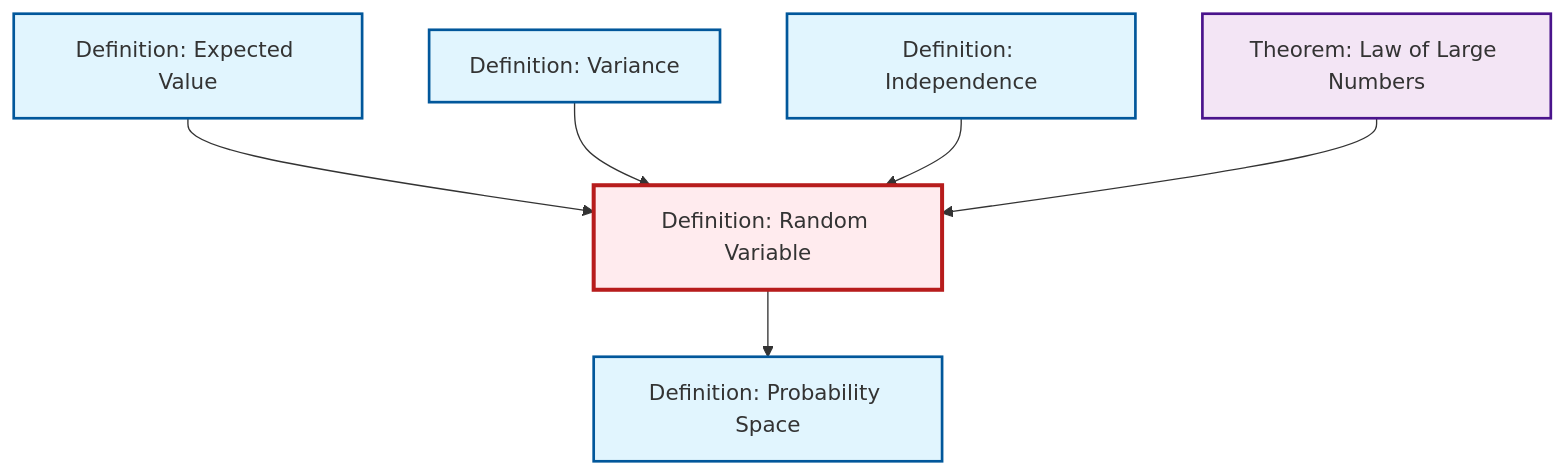
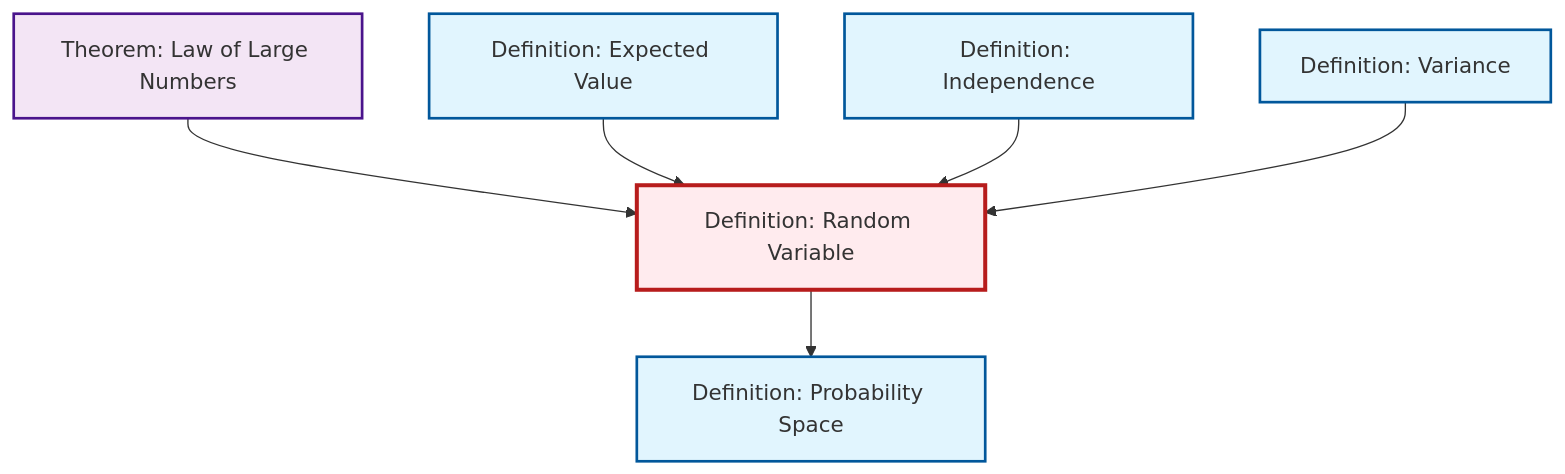
One commit to RK0429/ModernMath changed the diagram in content/en/probability-statistics/def-random-variable.qmd. Above: the diagram before and after it, drawn with Mermaid. The commit also changed other lines of this file and 615 other files, not shown here.

````diff
--- a/content/en/probability-statistics/def-random-variable.qmd
+++ b/content/en/probability-statistics/def-random-variable.qmd
@@ -47,26 +47,26 @@
 ```{mermaid}
 %%| fig-cap: "Local dependency graph"
 graph TD
     classDef definition fill:#e1f5fe,stroke:#01579b,stroke-width:2px
     classDef theorem fill:#f3e5f5,stroke:#4a148c,stroke-width:2px
     classDef axiom fill:#fff3e0,stroke:#e65100,stroke-width:2px
     classDef example fill:#e8f5e9,stroke:#1b5e20,stroke-width:2px
     classDef current fill:#ffebee,stroke:#b71c1c,stroke-width:3px
+    def-independence["Definition: Independence"]:::definition
+    def-probability-space["Definition: Probability Space"]:::definition
+    def-random-variable["Definition: Random Variable"]:::definition
     thm-law-of-large-numbers["Theorem: Law of Large Numbers"]:::theorem
+    def-variance["Definition: Variance"]:::definition
     def-expectation["Definition: Expected Value"]:::definition
-    def-random-variable["Definition: Random Variable"]:::definition
-    def-probability-space["Definition: Probability Space"]:::definition
-    def-independence["Definition: Independence"]:::definition
-    def-variance["Definition: Variance"]:::definition
+    thm-law-of-large-numbers --> def-random-variable
+    def-random-variable --> def-probability-space
     def-expectation --> def-random-variable
+    def-independence --> def-random-variable
     def-variance --> def-random-variable
-    def-independence --> def-random-variable
-    def-random-variable --> def-probability-space
-    thm-law-of-large-numbers --> def-random-variable
     class def-random-variable current
+    click def-independence "def-independence.html" "Go to Independence definition"
+    click def-probability-space "def-probability-space.html" "Go to Probability Space definition"
     click thm-law-of-large-numbers "thm-law-of-large-numbers.html" "Go to Law of Large Numbers theorem"
+    click def-variance "def-variance.html" "Go to Variance definition"
     click def-expectation "def-expectation.html" "Go to Expected Value definition"
-    click def-probability-space "def-probability-space.html" "Go to Probability Space definition"
-    click def-independence "def-independence.html" "Go to Independence definition"
-    click def-variance "def-variance.html" "Go to Variance definition"
 ```
````
